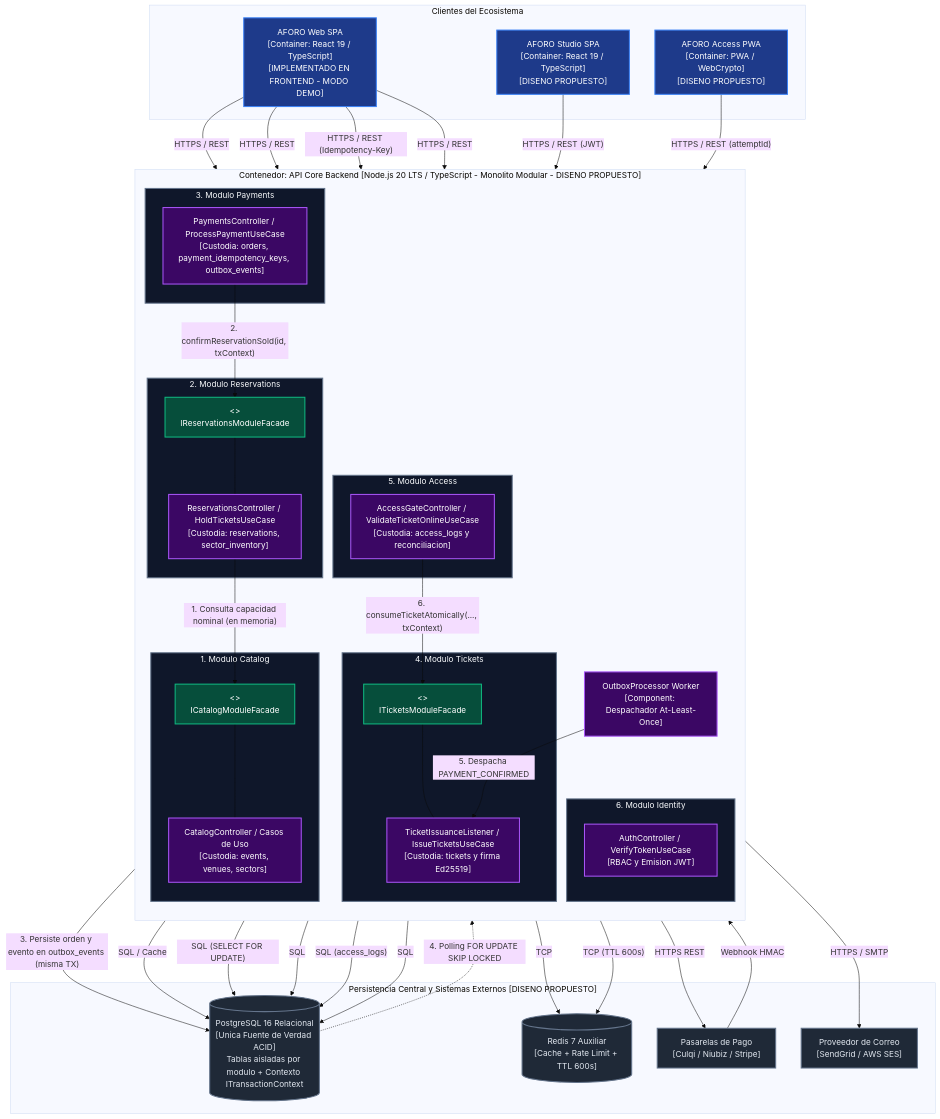
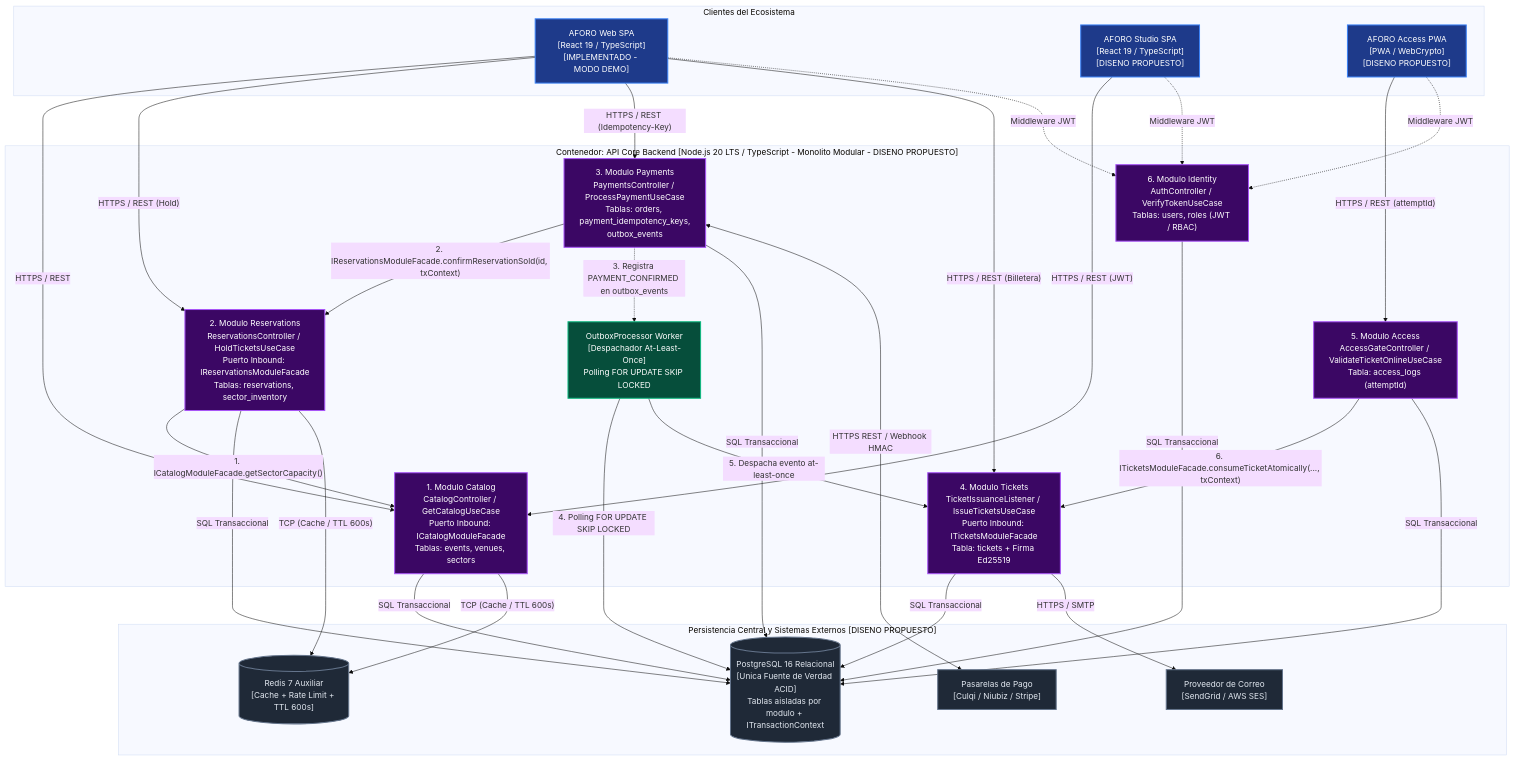
Before and after one commit to CARDBELL96/AFORO: the first of 2 diagrams in docs/04-modelo-c4/Nivel3-Diagrama-de-Componentes.md, drawn with Mermaid (base theme). The commit also changed other lines of this file and 24 other files, not shown here.

Commit message:
docs: export validated C4/hexagonal SVG and PNG diagrams and unify ticket state machine

````diff
--- a/docs/04-modelo-c4/Nivel3-Diagrama-de-Componentes.md
+++ b/docs/04-modelo-c4/Nivel3-Diagrama-de-Componentes.md
@@ -34,91 +41,58 @@
 ```mermaid
 flowchart TD
     subgraph CLIENTS["Clientes del Ecosistema"]
-        WEB["AFORO Web SPA<br>[Container: React 19 / TypeScript]<br>[IMPLEMENTADO EN FRONTEND - MODO DEMO]"]
-        STU["AFORO Studio SPA<br>[Container: React 19 / TypeScript]<br>[DISENO PROPUESTO]"]
-        ACC["AFORO Access PWA<br>[Container: PWA / WebCrypto]<br>[DISENO PROPUESTO]"]
+        WEB["AFORO Web SPA<br>[React 19 / TypeScript]<br>[IMPLEMENTADO - MODO DEMO]"]
+        STU["AFORO Studio SPA<br>[React 19 / TypeScript]<br>[DISENO PROPUESTO]"]
+        ACC["AFORO Access PWA<br>[PWA / WebCrypto]<br>[DISENO PROPUESTO]"]
     end
 
     subgraph API_CORE["Contenedor: API Core Backend [Node.js 20 LTS / TypeScript - Monolito Modular - DISENO PROPUESTO]"]
-        direction TB
-
-        subgraph MOD_IDN["6. Modulo Identity"]
-            IDN_COMP["AuthController / VerifyTokenUseCase<br>[RBAC y Emision JWT]"]
-        end
-
-        subgraph MOD_CAT["1. Modulo Catalog"]
-            FAC_CAT["<<Inbound Port>><br>ICatalogModuleFacade"]
-            CAT_COMP["CatalogController / Casos de Uso<br>[Custodia: events, venues, sectors]"]
-            FAC_CAT --- CAT_COMP
-        end
-
-        subgraph MOD_RES["2. Modulo Reservations"]
-            FAC_RES["<<Inbound Port>><br>IReservationsModuleFacade"]
-            RES_COMP["ReservationsController / HoldTicketsUseCase<br>[Custodia: reservations, sector_inventory]"]
-            FAC_RES --- RES_COMP
-        end
-
-        subgraph MOD_PAY["3. Modulo Payments"]
-            PAY_COMP["PaymentsController / ProcessPaymentUseCase<br>[Custodia: orders, payment_idempotency_keys, outbox_events]"]
-        end
-
-        OUTBOX_WORKER["OutboxProcessor Worker<br>[Component: Despachador At-Least-Once]"]
-
-        subgraph MOD_TCK["4. Modulo Tickets"]
-            FAC_TCK["<<Inbound Port>><br>ITicketsModuleFacade"]
-            TCK_COMP["TicketIssuanceListener / IssueTicketsUseCase<br>[Custodia: tickets y firma Ed25519]"]
-            FAC_TCK --- TCK_COMP
-        end
-
-        subgraph MOD_ACC["5. Modulo Access"]
-            ACC_COMP["AccessGateController / ValidateTicketOnlineUseCase<br>[Custodia: access_logs y reconciliacion]"]
-        end
+        MOD_CAT["1. Modulo Catalog<br>CatalogController / GetCatalogUseCase<br>Puerto Inbound: ICatalogModuleFacade<br>Tablas: events, venues, sectors"]
+        MOD_RES["2. Modulo Reservations<br>ReservationsController / HoldTicketsUseCase<br>Puerto Inbound: IReservationsModuleFacade<br>Tablas: reservations, sector_inventory"]
+        MOD_PAY["3. Modulo Payments<br>PaymentsController / ProcessPaymentUseCase<br>Tablas: orders, payment_idempotency_keys,<br>outbox_events"]
+        OUTBOX_WORKER["OutboxProcessor Worker<br>[Despachador At-Least-Once]<br>Polling FOR UPDATE SKIP LOCKED"]
+        MOD_TCK["4. Modulo Tickets<br>TicketIssuanceListener / IssueTicketsUseCase<br>Puerto Inbound: ITicketsModuleFacade<br>Tabla: tickets + Firma Ed25519"]
+        MOD_ACC["5. Modulo Access<br>AccessGateController / ValidateTicketOnlineUseCase<br>Tabla: access_logs (attemptId)"]
+        MOD_IDN["6. Modulo Identity<br>AuthController / VerifyTokenUseCase<br>Tablas: users, roles (JWT / RBAC)"]
     end
 
     subgraph INFRA["Persistencia Central y Sistemas Externos [DISENO PROPUESTO]"]
-        PG[("PostgreSQL 16 Relacional<br>[Unica Fuente de Verdad ACID]<br>Tablas aisladas por modulo + Contexto ITransactionContext")]
+        PG[("PostgreSQL 16 Relacional<br>[Unica Fuente de Verdad ACID]<br>Tablas aisladas por modulo + ITransactionContext")]
         RD[("Redis 7 Auxiliar<br>[Cache + Rate Limit + TTL 600s]")]
         GATEWAY["Pasarelas de Pago<br>[Culqi / Niubiz / Stripe]"]
         MAILER["Proveedor de Correo<br>[SendGrid / AWS SES]"]
     end
 
     %% Entradas HTTP
-    WEB -->|"HTTPS / REST"| CAT_COMP
-    WEB -->|"HTTPS / REST"| RES_COMP
-    WEB -->|"HTTPS / REST (Idempotency-Key)"| PAY_COMP
-    WEB -->|"HTTPS / REST"| TCK_COMP
-    STU -->|"HTTPS / REST (JWT)"| CAT_COMP
-    ACC -->|"HTTPS / REST (attemptId)"| ACC_COMP
+    STU -->|"HTTPS / REST (JWT)"| MOD_CAT
+    WEB -->|"HTTPS / REST"| MOD_CAT
+    WEB -->|"HTTPS / REST (Hold)"| MOD_RES
+    WEB -->|"HTTPS / REST (Idempotency-Key)"| MOD_PAY
+    WEB -->|"HTTPS / REST (Billetera)"| MOD_TCK
+    ACC -->|"HTTPS / REST (attemptId)"| MOD_ACC
+    WEB & STU & ACC -.->|"Middleware JWT"| MOD_IDN
 
     %% Comunicacion Intermodular en Memoria (Fachadas y Outbox)
-    RES_COMP -->|"1. Consulta capacidad nominal (en memoria)"| FAC_CAT
-    PAY_COMP -->|"2. confirmReservationSold(id, txContext)"| FAC_RES
-    PAY_COMP -->|"3. Persiste orden y evento en outbox_events (misma TX)"| PG
-    PG -.->|"4. Polling FOR UPDATE SKIP LOCKED"| OUTBOX_WORKER
-    OUTBOX_WORKER -->|"5. Despacha PAYMENT_CONFIRMED"| TCK_COMP
-    ACC_COMP -->|"6. consumeTicketAtomically(..., txContext)"| FAC_TCK
+    MOD_RES -->|"1. ICatalogModuleFacade.getSectorCapacity()"| MOD_CAT
+    MOD_PAY -->|"2. IReservationsModuleFacade.confirmReservationSold(id, txContext)"| MOD_RES
+    MOD_PAY -.->|"3. Registra PAYMENT_CONFIRMED en outbox_events"| OUTBOX_WORKER
+    OUTBOX_WORKER -->|"4. Polling FOR UPDATE SKIP LOCKED"| PG
+    OUTBOX_WORKER -->|"5. Despacha evento at-least-once"| MOD_TCK
+    MOD_ACC -->|"6. ITicketsModuleFacade.consumeTicketAtomically(..., txContext)"| MOD_TCK
 
     %% Infraestructura
-    CAT_COMP -->|"SQL / Cache"| PG
-    CAT_COMP -->|"TCP"| RD
-    RES_COMP -->|"SQL (SELECT FOR UPDATE)"| PG
-    RES_COMP -->|"TCP (TTL 600s)"| RD
-    PAY_COMP -->|"HTTPS REST"| GATEWAY
-    GATEWAY -->|"Webhook HMAC"| PAY_COMP
-    TCK_COMP -->|"SQL"| PG
-    TCK_COMP -->|"HTTPS / SMTP"| MAILER
-    ACC_COMP -->|"SQL (access_logs)"| PG
-    IDN_COMP -->|"SQL"| PG
+    MOD_CAT & MOD_RES & MOD_PAY & MOD_TCK & MOD_ACC & MOD_IDN -->|"SQL Transaccional"| PG
+    MOD_CAT & MOD_RES -->|"TCP (Cache / TTL 600s)"| RD
+    MOD_PAY <-->|"HTTPS REST / Webhook HMAC"| GATEWAY
+    MOD_TCK -->|"HTTPS / SMTP"| MAILER
 
     classDef client fill:#1e3a8a,stroke:#3b82f6,stroke-width:2px,color:#ffffff;
-    classDef moduleBox fill:#0f172a,stroke:#64748b,stroke-width:2px,color:#f8fafc;
     classDef appComp fill:#3b0764,stroke:#a855f7,stroke-width:2px,color:#ffffff;
-    classDef facadePort fill:#064e3b,stroke:#10b981,stroke-width:2px,color:#ffffff;
+    classDef workerComp fill:#064e3b,stroke:#10b981,stroke-width:2px,color:#ffffff;
     classDef infraNode fill:#1f2937,stroke:#64748b,stroke-width:2px,color:#e2e8f0;
 
     class WEB,STU,ACC client;
-    class MOD_CAT,MOD_RES,MOD_PAY,MOD_TCK,MOD_ACC,MOD_IDN moduleBox;
-    class CAT_COMP,RES_COMP,PAY_COMP,TCK_COMP,ACC_COMP,IDN_COMP,OUTBOX_WORKER appComp;
-    class FAC_CAT,FAC_RES,FAC_TCK facadePort;
+    class MOD_CAT,MOD_RES,MOD_PAY,MOD_TCK,MOD_ACC,MOD_IDN appComp;
+    class OUTBOX_WORKER workerComp;
     class PG,RD,GATEWAY,MAILER infraNode;
 ```
````
